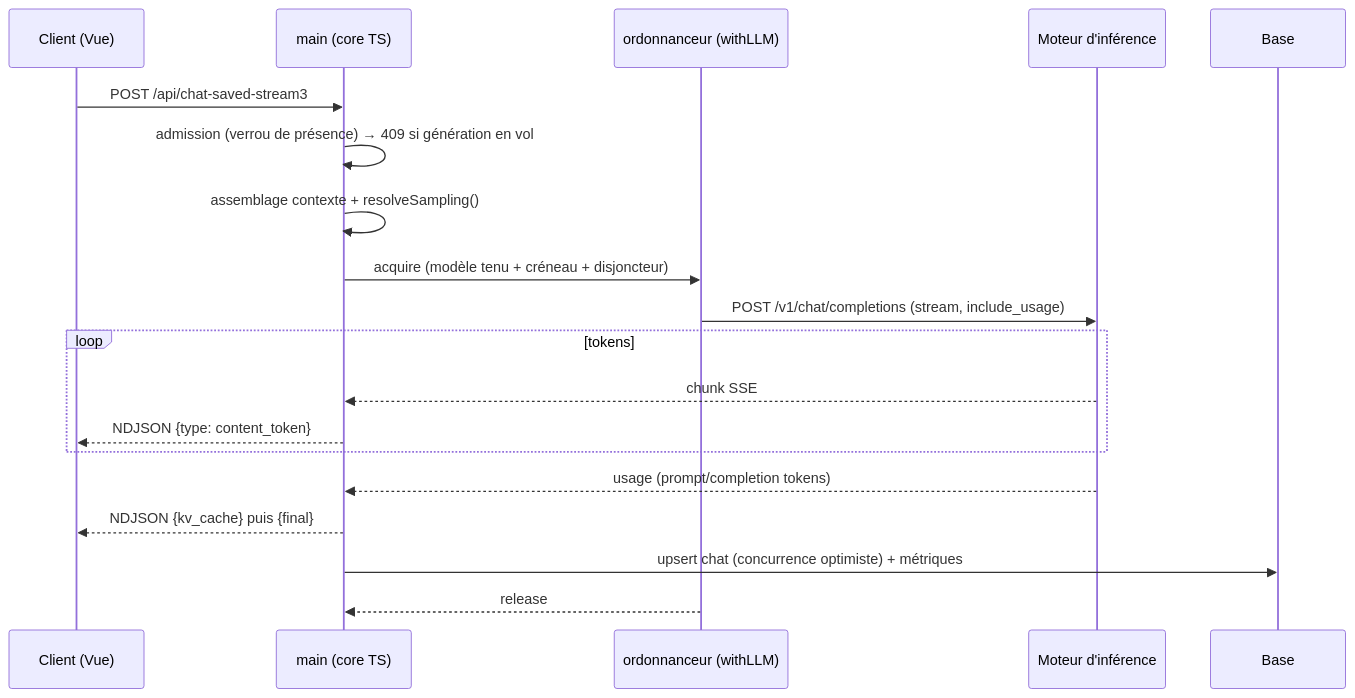
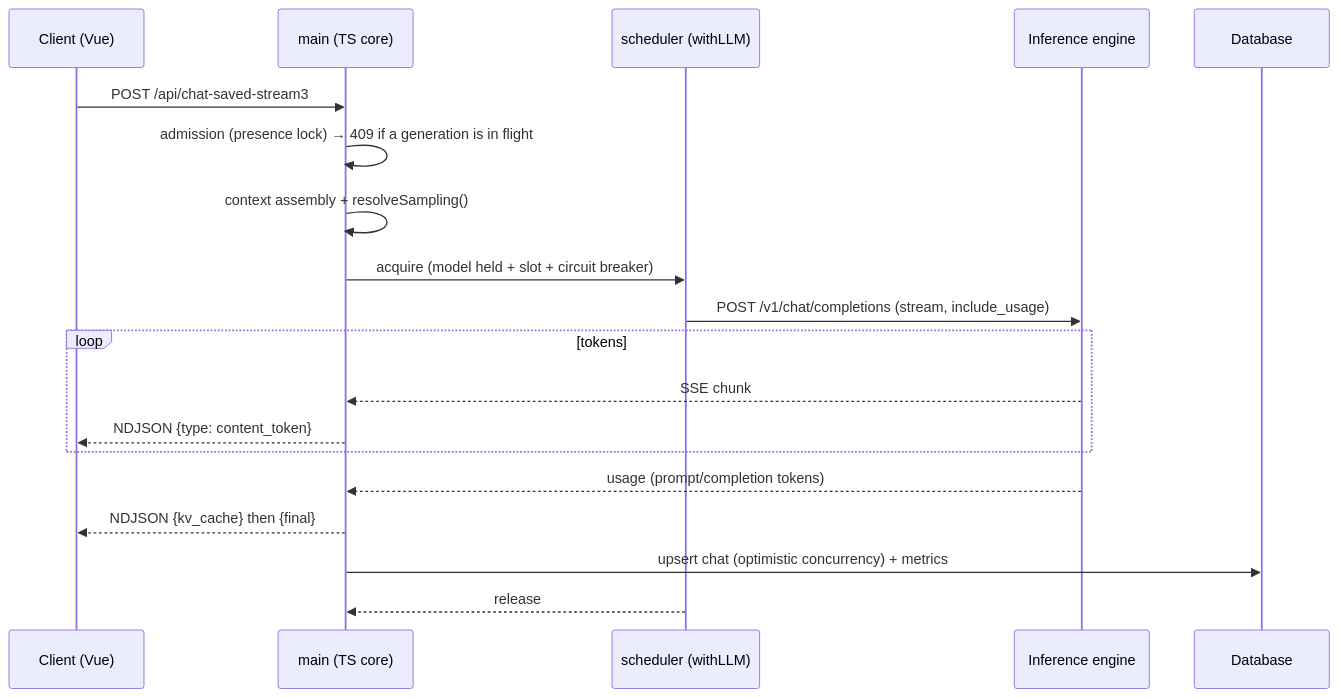
Before and after one commit to toto-fou/Elpis: the tenth of 16 diagrams in docs/architecture.md, drawn with Mermaid. The commit also changed other lines of this file and 43 other files, not shown here.

````diff
--- a/docs/architecture.md
+++ b/docs/architecture.md
@@ -1251,21 +1253,21 @@
 ```mermaid
 sequenceDiagram
     participant C as Client (Vue)
-    participant A as main (core TS)
-    participant G as ordonnanceur (withLLM)
-    participant L as Moteur d'inférence
-    participant D as Base
+    participant A as main (TS core)
+    participant G as scheduler (withLLM)
+    participant L as Inference engine
+    participant D as Database
     C->>A: POST /api/chat-saved-stream3
-    A->>A: admission (verrou de présence) → 409 si génération en vol
-    A->>A: assemblage contexte + resolveSampling()
-    A->>G: acquire (modèle tenu + créneau + disjoncteur)
+    A->>A: admission (presence lock) → 409 if a generation is in flight
+    A->>A: context assembly + resolveSampling()
+    A->>G: acquire (model held + slot + circuit breaker)
     G->>L: POST /v1/chat/completions (stream, include_usage)
     loop tokens
-        L-->>A: chunk SSE
+        L-->>A: SSE chunk
         A-->>C: NDJSON {type: content_token}
     end
     L-->>A: usage (prompt/completion tokens)
-    A-->>C: NDJSON {kv_cache} puis {final}
-    A->>D: upsert chat (concurrence optimiste) + métriques
+    A-->>C: NDJSON {kv_cache} then {final}
+    A->>D: upsert chat (optimistic concurrency) + metrics
     G-->>A: release
 ```
````
